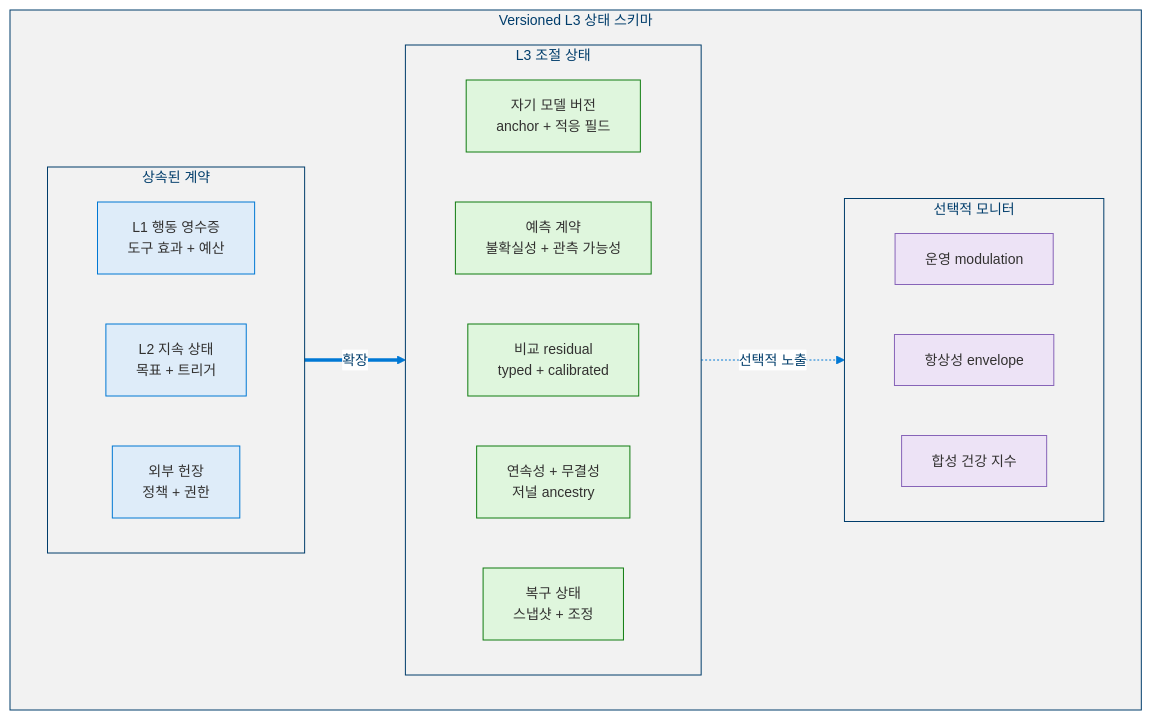
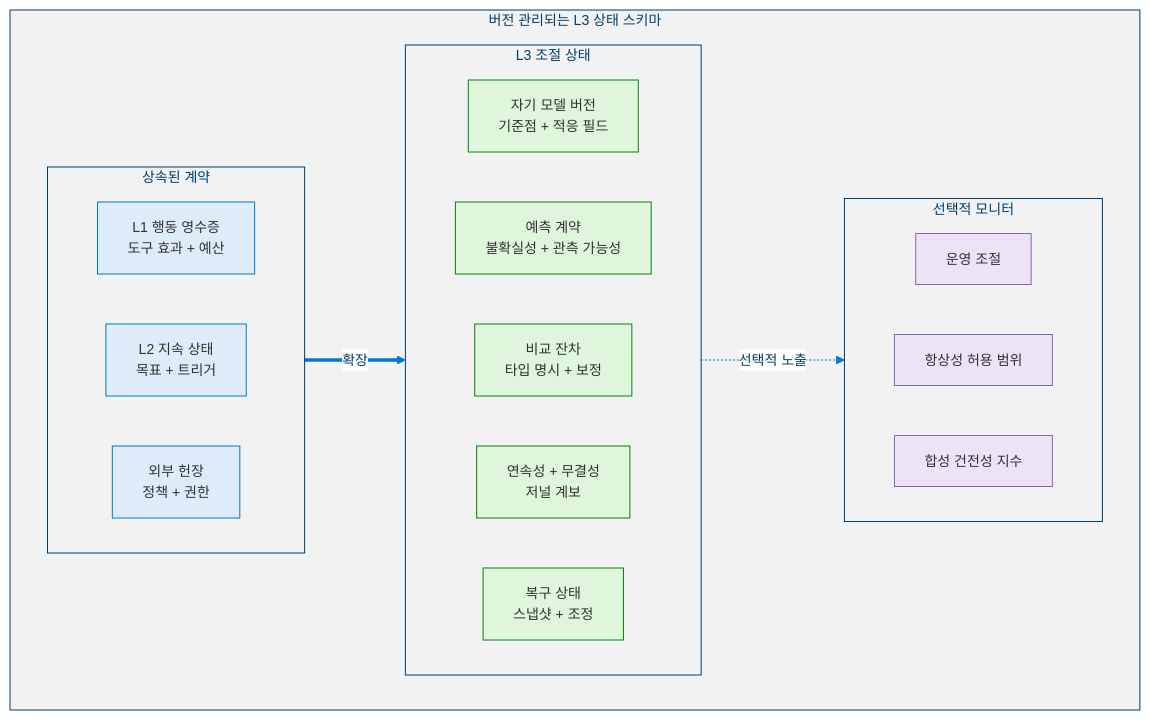
Diagram 17 of 19 in docs/levels/Level_3_Self_Regulating_Agent.ko.md (dotnetpower/mscp), drawn with Mermaid before and after one commit. The commit also changed other lines of this file and 33 other files, not shown here.

````diff
--- a/docs/levels/Level_3_Self_Regulating_Agent.ko.md
+++ b/docs/levels/Level_3_Self_Regulating_Agent.ko.md
@@ -1439,35 +1455,35 @@
 ```mermaid
 %%{init: {'theme': 'base', 'themeVariables': {'primaryColor': '#0078D4', 'primaryTextColor': '#003D6B', 'primaryBorderColor': '#003D6B', 'secondaryColor': '#50E6FF', 'secondaryTextColor': '#323130', 'secondaryBorderColor': '#00BCF2', 'tertiaryColor': '#F2F2F2', 'tertiaryTextColor': '#323130', 'lineColor': '#0078D4', 'textColor': '#323130', 'mainBkg': '#DEECF9', 'nodeBorder': '#0078D4', 'clusterBkg': '#F2F2F2', 'clusterBorder': '#003D6B', 'titleColor': '#003D6B', 'edgeLabelBackground': '#FFFFFF', 'fontSize': '14px'}}}%%
 flowchart TB
   classDef base fill:#DEECF9,stroke:#0078D4,color:#323130
   classDef mscp fill:#DFF6DD,stroke:#107C10,color:#323130
   classDef v4 fill:#EDE3F6,stroke:#8764B8,color:#323130
 
-  subgraph SV["Versioned L3 상태 스키마"]
+  subgraph SV["버전 관리되는 L3 상태 스키마"]
     subgraph Base["상속된 계약"]
       direction LR
       SV1["L1 행동 영수증<br/>도구 효과 + 예산"]:::base
       SV2["L2 지속 상태<br/>목표 + 트리거"]:::base
       SV3["외부 헌장<br/>정책 + 권한"]:::base
     end
 
     subgraph MSCP["L3 조절 상태"]
       direction LR
-      SV4["자기 모델 버전<br/>anchor + 적응 필드"]:::mscp
+      SV4["자기 모델 버전<br/>기준점 + 적응 필드"]:::mscp
       SV5["예측 계약<br/>불확실성 + 관측 가능성"]:::mscp
-      SV6["비교 residual<br/>typed + calibrated"]:::mscp
-      SV7["연속성 + 무결성<br/>저널 ancestry"]:::mscp
+      SV6["비교 잔차<br/>타입 명시 + 보정"]:::mscp
+      SV7["연속성 + 무결성<br/>저널 계보"]:::mscp
       SV8["복구 상태<br/>스냅샷 + 조정"]:::mscp
     end
 
     subgraph V4["선택적 모니터"]
       direction LR
-      SV9["운영 modulation"]:::v4
-      SV10["항상성 envelope"]:::v4
-      SV11["합성 건강 지수"]:::v4
+      SV9["운영 조절"]:::v4
+      SV10["항상성 허용 범위"]:::v4
+      SV11["합성 건전성 지수"]:::v4
     end
   end
 
   Base ==>|확장| MSCP
   MSCP -.->|선택적 노출| V4
 ```
````
